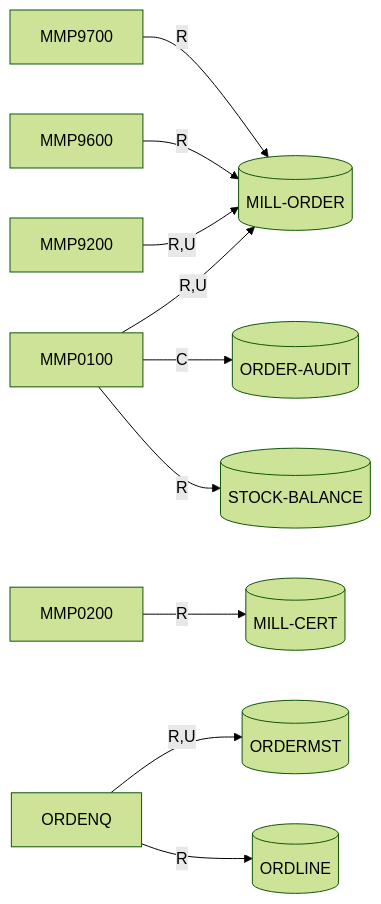
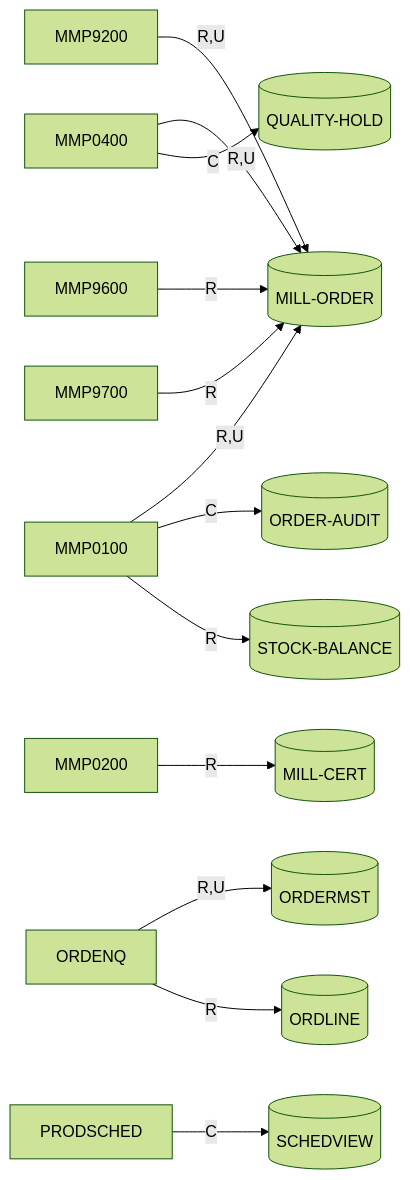
The diagram in examples/outputs/docs/data-flow.md (nightingalehq/legacy-functional-docs), drawn with Mermaid (forest theme) before and after one commit. The commit also changed 41 other files, not shown here.

````diff
--- a/examples/outputs/docs/data-flow.md
+++ b/examples/outputs/docs/data-flow.md
@@ -10,24 +10,31 @@
 ```mermaid
 graph LR
-    n_MMP0100_8cf9a3["MMP0100"]
+    n_member_4["MMP0100"]
     n_MILL_ORDER_ddc95d[("MILL-ORDER")]
-    n_MMP0100_8cf9a3 -->|R,U| n_MILL_ORDER_ddc95d
+    n_member_4 -->|R,U| n_MILL_ORDER_ddc95d
     n_ORDER_AUDIT_2ce887[("ORDER-AUDIT")]
-    n_MMP0100_8cf9a3 -->|C| n_ORDER_AUDIT_2ce887
+    n_member_4 -->|C| n_ORDER_AUDIT_2ce887
     n_STOCK_BALANCE_2d1f3c[("STOCK-BALANCE")]
-    n_MMP0100_8cf9a3 -->|R| n_STOCK_BALANCE_2d1f3c
-    n_MMP0200_1f64a3["MMP0200"]
+    n_member_4 -->|R| n_STOCK_BALANCE_2d1f3c
+    n_member_5["MMP0200"]
     n_MILL_CERT_e845a2[("MILL-CERT")]
-    n_MMP0200_1f64a3 -->|R| n_MILL_CERT_e845a2
-    n_MMP9200_73eb78["MMP9200"]
-    n_MMP9200_73eb78 -->|R,U| n_MILL_ORDER_ddc95d
-    n_MMP9600_41a009["MMP9600"]
-    n_MMP9600_41a009 -->|R| n_MILL_ORDER_ddc95d
-    n_MMP9700_196c79["MMP9700"]
-    n_MMP9700_196c79 -->|R| n_MILL_ORDER_ddc95d
-    n_ORDENQ_64c39a["ORDENQ"]
+    n_member_5 -->|R| n_MILL_CERT_e845a2
+    n_member_6["MMP0400"]
+    n_member_6 -->|R,U| n_MILL_ORDER_ddc95d
+    n_QUALITY_HOLD_d666dd[("QUALITY-HOLD")]
+    n_member_6 -->|C| n_QUALITY_HOLD_d666dd
+    n_member_9["MMP9200"]
+    n_member_9 -->|R,U| n_MILL_ORDER_ddc95d
+    n_member_13["MMP9600"]
+    n_member_13 -->|R| n_MILL_ORDER_ddc95d
+    n_member_14["MMP9700"]
+    n_member_14 -->|R| n_MILL_ORDER_ddc95d
+    n_member_22["ORDENQ"]
     n_ORDERMST_bbae13[("ORDERMST")]
-    n_ORDENQ_64c39a -->|R,U| n_ORDERMST_bbae13
+    n_member_22 -->|R,U| n_ORDERMST_bbae13
     n_ORDLINE_3e21f6[("ORDLINE")]
-    n_ORDENQ_64c39a -->|R| n_ORDLINE_3e21f6
+    n_member_22 -->|R| n_ORDLINE_3e21f6
+    n_member_23["PRODSCHED"]
+    n_SCHEDVIEW_9edf00[("SCHEDVIEW")]
+    n_member_23 -->|C| n_SCHEDVIEW_9edf00
 ```
````
